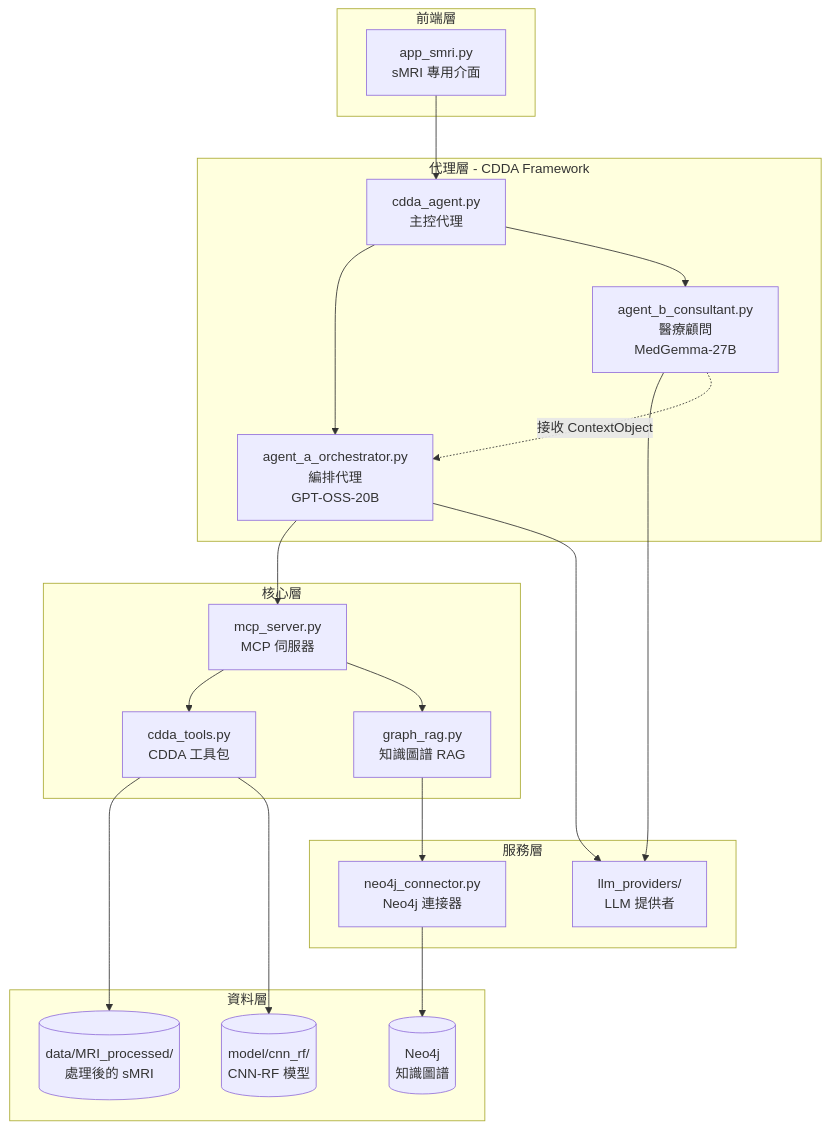
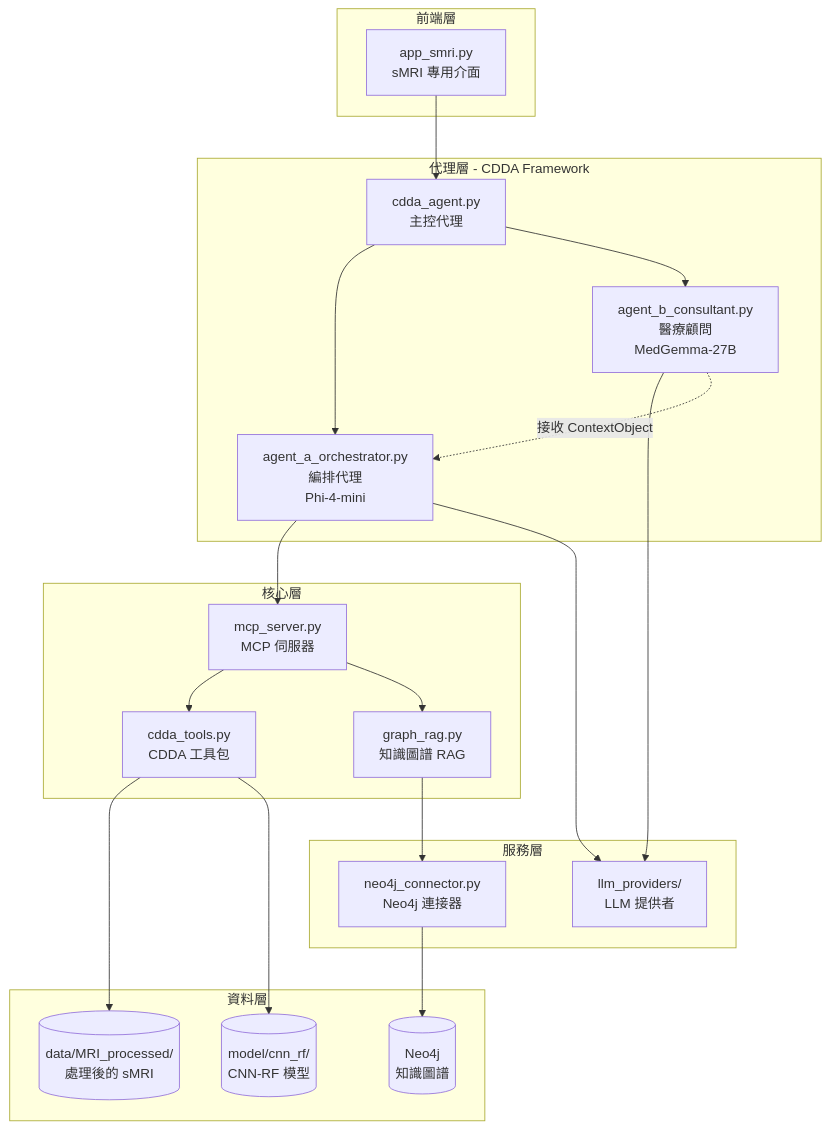
One commit to momonong/Cognivex changed the first of 2 diagrams in SYSTEM_ARCHITECTURE_SMRI.md. Above: the diagram before and after it, drawn with Mermaid. The commit also changed other lines of this file and 15 other files, not shown here.

Commit message:
Update some unmodified model calling from gpt to phi.

````diff
--- a/SYSTEM_ARCHITECTURE_SMRI.md
+++ b/SYSTEM_ARCHITECTURE_SMRI.md
@@ -32,47 +32,47 @@
 ```mermaid
 graph TB
     subgraph "前端層"
         UI[app_smri.py<br/>sMRI 專用介面]
     end
     
     subgraph "代理層 - CDDA Framework"
         CDDA[cdda_agent.py<br/>主控代理]
-        AgentA[agent_a_orchestrator.py<br/>編排代理<br/>GPT-OSS-20B]
+        AgentA[agent_a_orchestrator.py<br/>編排代理<br/>Phi-4-mini]
         AgentB[agent_b_consultant.py<br/>醫療顧問<br/>MedGemma-27B]
     end
     
     subgraph "核心層"
         MCP[mcp_server.py<br/>MCP 伺服器]
         TOOLKIT[cdda_tools.py<br/>CDDA 工具包]
         GRAPHRAG[graph_rag.py<br/>知識圖譜 RAG]
     end
     
     subgraph "服務層"
         NEO4J[neo4j_connector.py<br/>Neo4j 連接器]
         LLM[llm_providers/<br/>LLM 提供者]
     end
     
     subgraph "資料層"
         DATA[(data/MRI_processed/<br/>處理後的 sMRI)]
         KG[(Neo4j<br/>知識圖譜)]
         MODEL[(model/cnn_rf/<br/>CNN-RF 模型)]
     end
     
     UI --> CDDA
     CDDA --> AgentA
     CDDA --> AgentB
     
     AgentA --> MCP
     AgentA --> LLM
     AgentB --> LLM
     AgentB -.接收 ContextObject.-> AgentA
     
     MCP --> TOOLKIT
     MCP --> GRAPHRAG
     
     TOOLKIT --> DATA
     TOOLKIT --> MODEL
     
     GRAPHRAG --> NEO4J
     NEO4J --> KG
 ```
````
